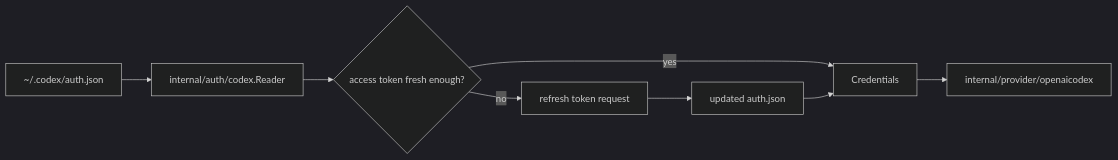
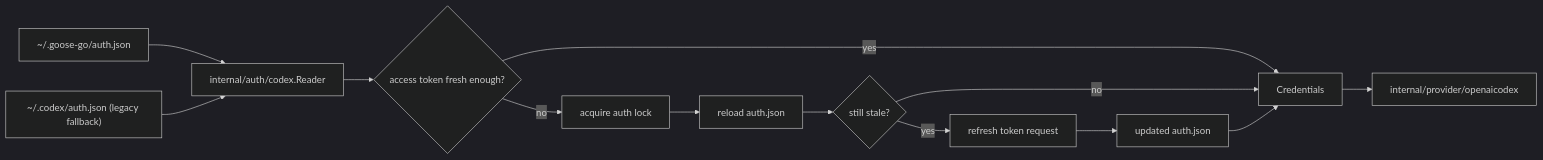
Before and after one commit to xren/goose-go: the diagram in internal/auth/codex/ARCHITECTURE.md, drawn with Mermaid (dark theme). The commit also changed other lines of this file and 13 other files, not shown here.

Commit message:
Add native Codex login flow and auth fallback

````diff
--- a/internal/auth/codex/ARCHITECTURE.md
+++ b/internal/auth/codex/ARCHITECTURE.md
@@ -20,10 +22,15 @@
 ```mermaid
 flowchart LR
-    A["~/.codex/auth.json"] --> B["internal/auth/codex.Reader"]
+    A["~/.goose-go/auth.json"] --> B["internal/auth/codex.Reader"]
+    A2["~/.codex/auth.json (legacy fallback)"] --> B
     B --> C{"access token fresh enough?"}
     C -- "yes" --> D["Credentials"]
-    C -- "no" --> E["refresh token request"]
-    E --> F["updated auth.json"]
-    F --> D
-    D --> G["internal/provider/openaicodex"]
+    C -- "no" --> E["acquire auth lock"]
+    E --> F["reload auth.json"]
+    F --> G{"still stale?"}
+    G -- "no" --> D
+    G -- "yes" --> H["refresh token request"]
+    H --> I["updated auth.json"]
+    I --> D
+    D --> J["internal/provider/openaicodex"]
 ```
````
